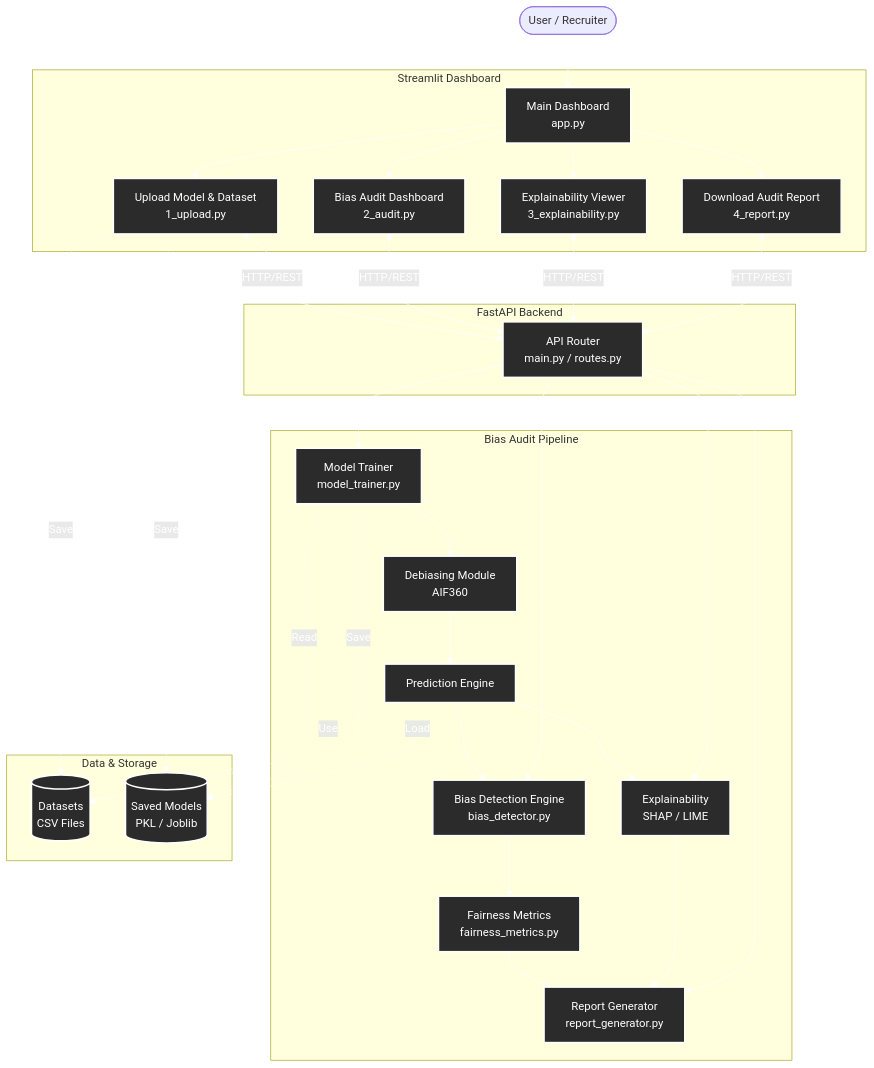
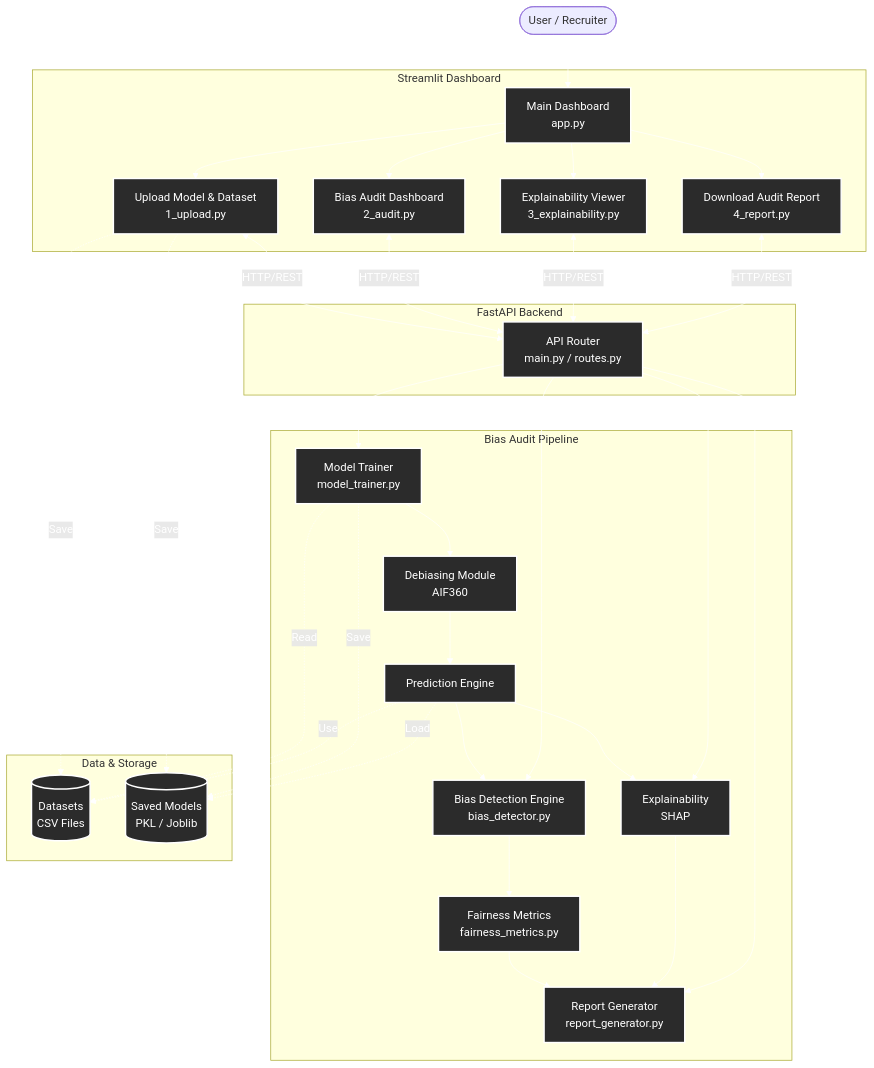
The first of 3 diagrams in README.md (lucifer0906/bluebit), drawn with Mermaid before and after one commit. The commit also changed other lines of this file and 1 other file, not shown here.

```diff
--- a/README.md
+++ b/README.md
@@ -68,7 +68,7 @@
 
     BiasDet[Bias Detection Engine\nbias_detector.py]:::core
     Fairness[Fairness Metrics\nfairness_metrics.py]:::core
-    ExplainMod[Explainability\nSHAP / LIME]:::core
+    ExplainMod[Explainability\nSHAP]:::core
     ReportGen[Report Generator\nreport_generator.py]:::core
 
     Trainer --> Debias
```
